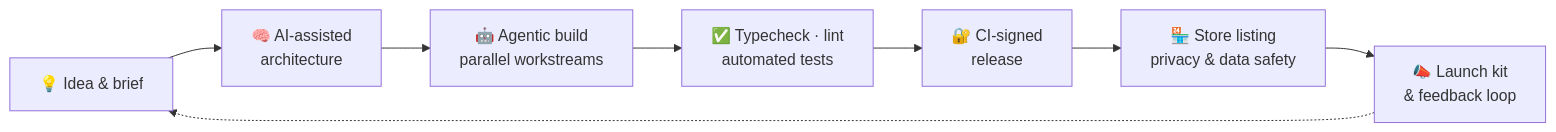
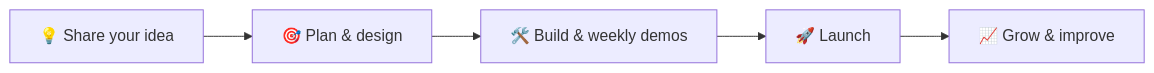
The diagram in profile/README.md (NinjaNext/.github), drawn with Mermaid before and after one commit. The commit also changed other lines of this file, not shown here.

````diff
--- a/profile/README.md
+++ b/profile/README.md
@@ -141,10 +167,7 @@
 ```mermaid
 flowchart LR
-    A[💡 Idea & brief] --> B[🧠 AI-assisted<br/>architecture]
-    B --> C[🤖 Agentic build<br/>parallel workstreams]
-    C --> D[✅ Typecheck · lint<br/>automated tests]
-    D --> E[🔐 CI-signed<br/>release]
-    E --> F[🏪 Store listing<br/>privacy & data safety]
-    F --> G[📣 Launch kit<br/>& feedback loop]
-    G -.-> A
+    A[💡 Share your idea] --> B[🎯 Plan & design]
+    B --> C[🛠️ Build & weekly demos]
+    C --> D[🚀 Launch]
+    D --> E[📈 Grow & improve]
 ```
````
